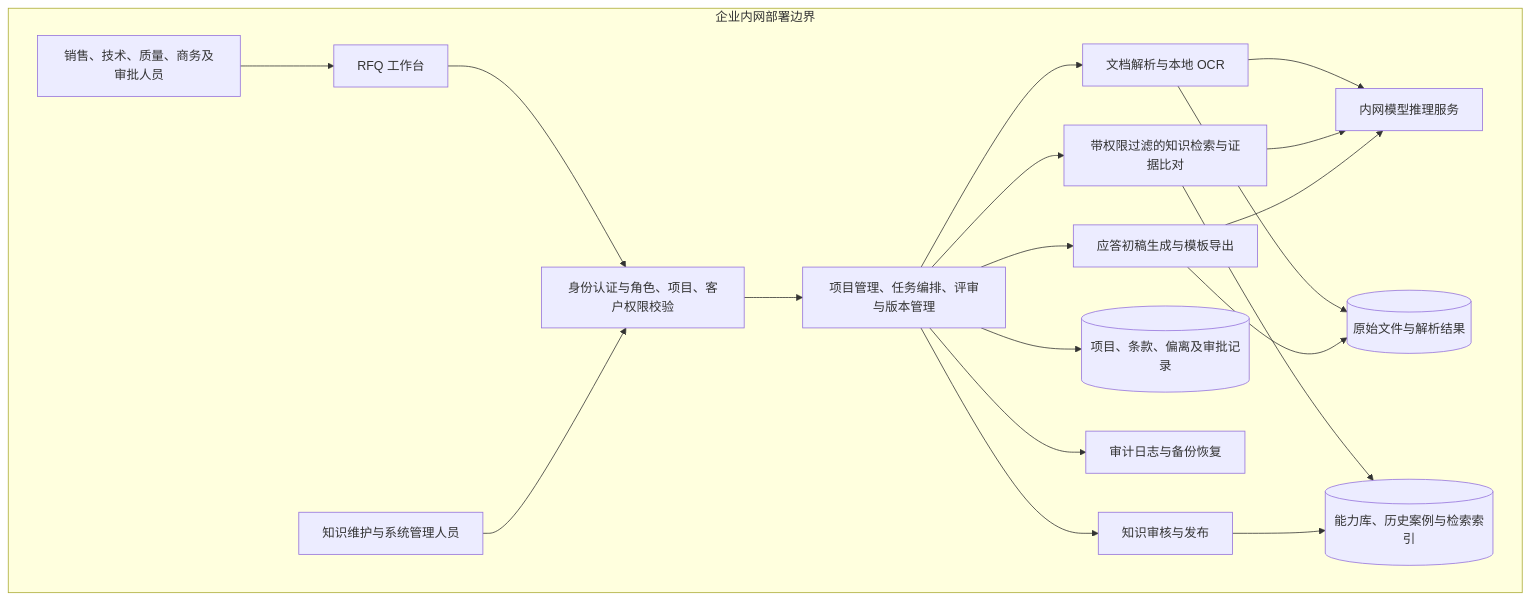
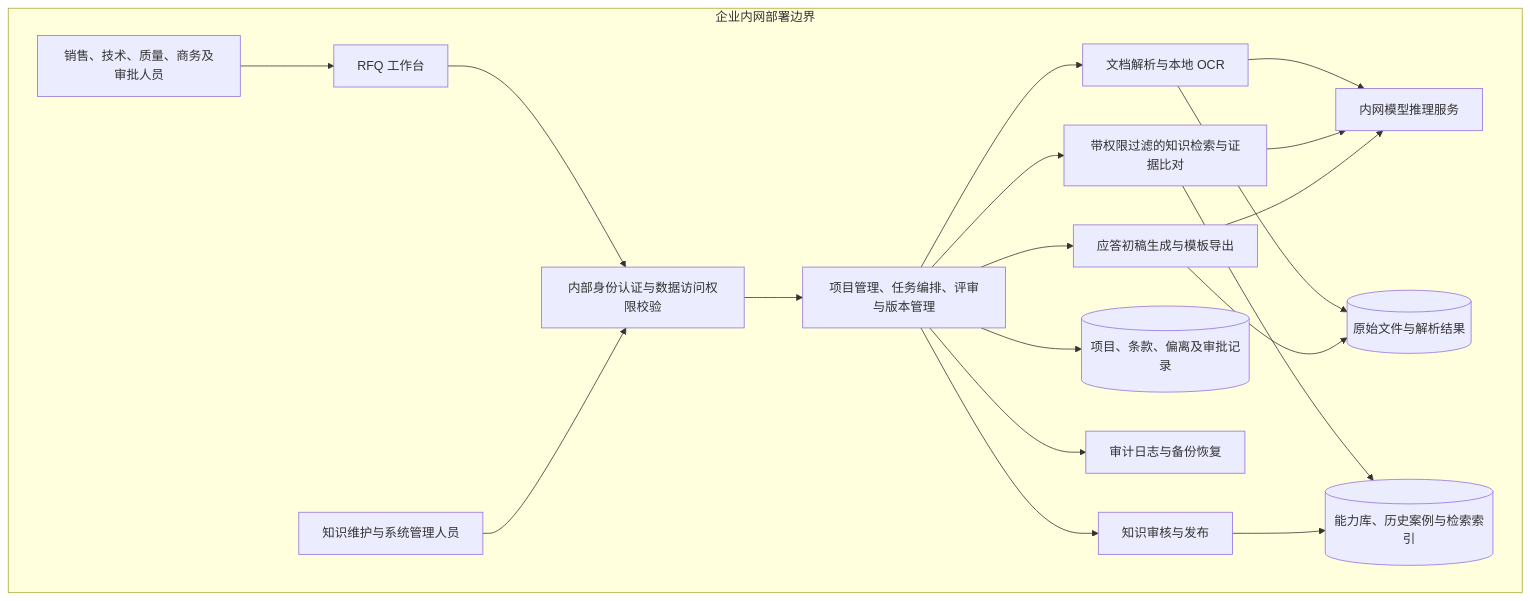
One commit to mingming11115/fep-rfq-agent changed the fourth of 4 diagrams in FEP销售RFQ提效Agent_PRD_v0.1.md. Above: the diagram before and after it, drawn with Mermaid. The commit also changed other lines of this file, not shown here.

````diff
--- a/FEP销售RFQ提效Agent_PRD_v0.1.md
+++ b/FEP销售RFQ提效Agent_PRD_v0.1.md
@@ -253,22 +371,22 @@
 ```mermaid
 flowchart TB
     subgraph INTRANET["企业内网部署边界"]
         U["销售、技术、质量、商务及审批人员"] --> UI["RFQ 工作台"]
-        UI --> AUTH["身份认证与角色、项目、客户权限校验"]
+        UI --> AUTH["内部身份认证与数据访问权限校验"]
         AUTH --> APP["项目管理、任务编排、评审与版本管理"]
         APP --> PARSE["文档解析与本地 OCR"]
         APP --> RET["带权限过滤的知识检索与证据比对"]
         APP --> GEN["应答初稿生成与模板导出"]
         PARSE --> MODEL["内网模型推理服务"]
         RET --> MODEL
         GEN --> MODEL
         PARSE --> FILES[("原始文件与解析结果")]
         RET --> KB[("能力库、历史案例与检索索引")]
         GEN --> FILES
         APP --> DB[("项目、条款、偏离及审批记录")]
         APP --> AUDIT["审计日志与备份恢复"]
         ADMIN["知识维护与系统管理人员"] --> AUTH
         APP --> REVIEW["知识审核与发布"]
         REVIEW --> KB
     end
 ```
````
